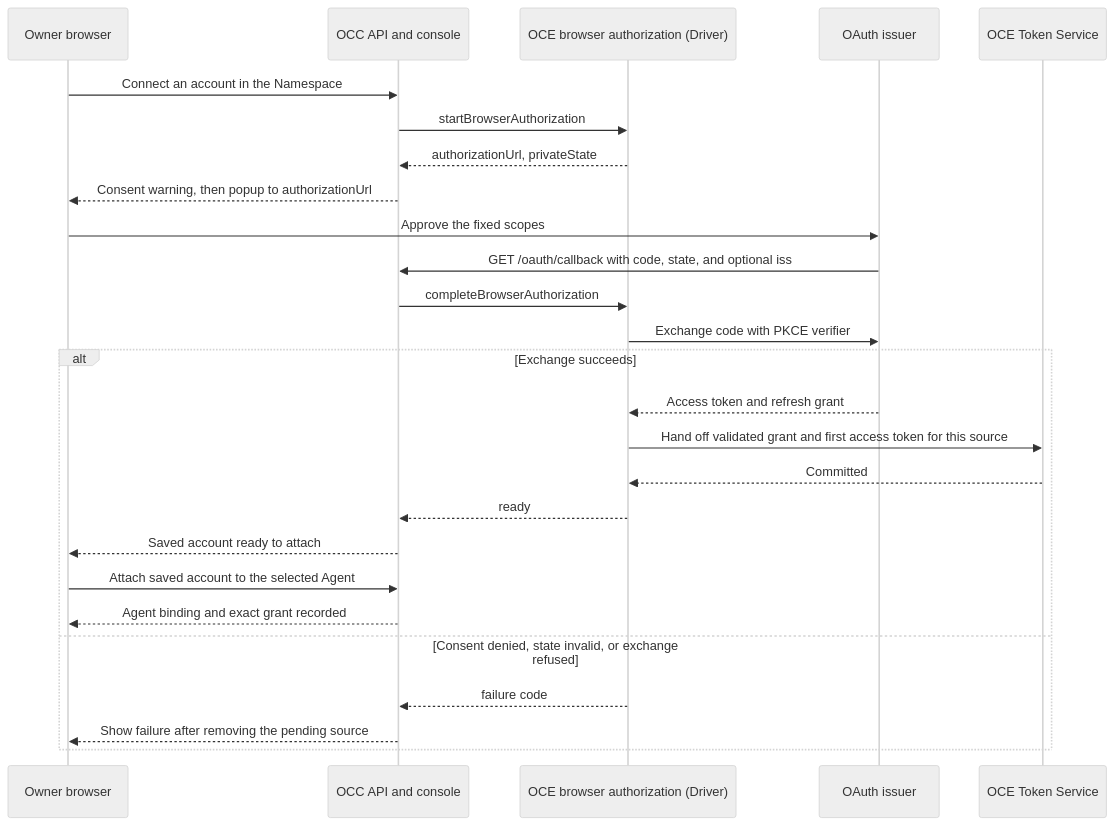
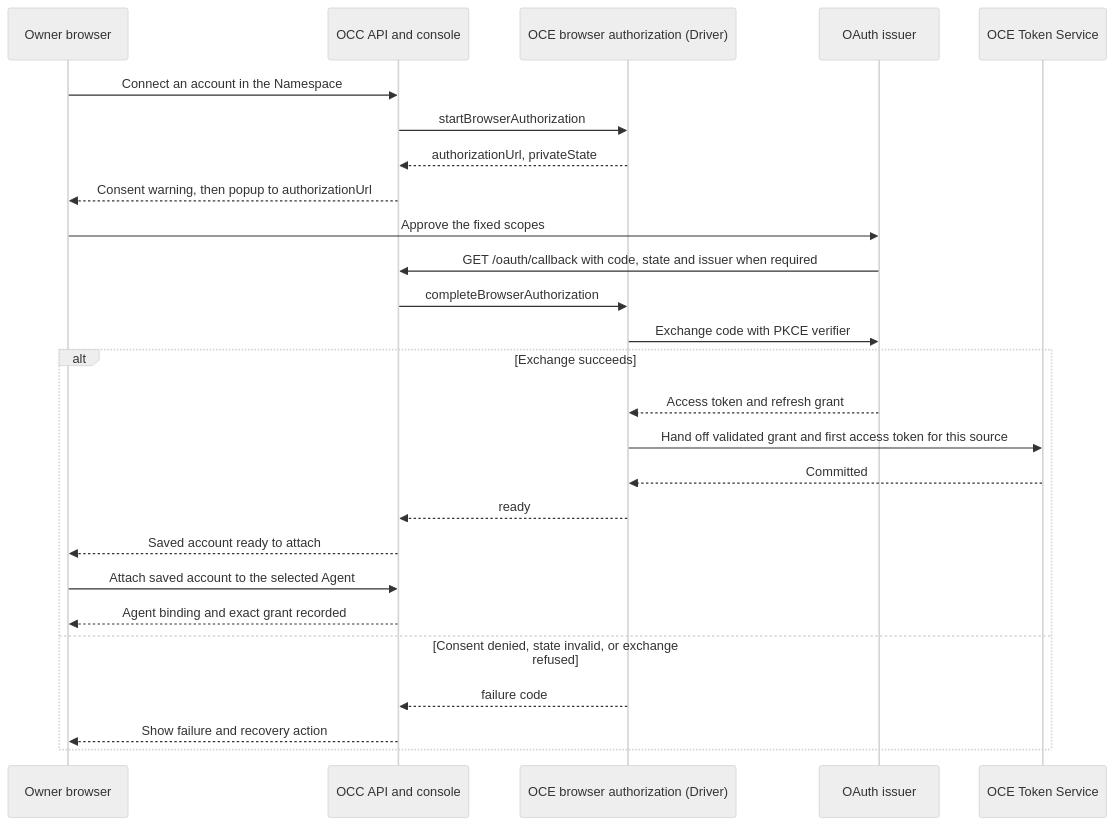
The diagram in specs/rfcs/0027-agent-oauth-connections/index.md (openclaw/openclaw-enterprise), drawn with Mermaid (neutral theme) before and after one commit. The commit also changed other lines of this file and 45 other files, not shown here.

````diff
--- a/specs/rfcs/0027-agent-oauth-connections/index.md
+++ b/specs/rfcs/0027-agent-oauth-connections/index.md
@@ -221,28 +224,28 @@
 ```mermaid
 sequenceDiagram
   participant User as Owner browser
   participant API as OCC API and console
   participant OAuth as OCE browser authorization (Driver)
   participant Issuer as OAuth issuer
   participant Tokens as OCE Token Service
   User->>API: Connect an account in the Namespace
   API->>OAuth: startBrowserAuthorization
   OAuth-->>API: authorizationUrl, privateState
   API-->>User: Consent warning, then popup to authorizationUrl
   User->>Issuer: Approve the fixed scopes
-  Issuer->>API: GET /oauth/callback with code, state, and optional iss
+  Issuer->>API: GET /oauth/callback with code, state and issuer when required
   API->>OAuth: completeBrowserAuthorization
   OAuth->>Issuer: Exchange code with PKCE verifier
   alt Exchange succeeds
     Issuer-->>OAuth: Access token and refresh grant
     OAuth->>Tokens: Hand off validated grant and first access token for this source
     Tokens-->>OAuth: Committed
     OAuth-->>API: ready
     API-->>User: Saved account ready to attach
     User->>API: Attach saved account to the selected Agent
     API-->>User: Agent binding and exact grant recorded
   else Consent denied, state invalid, or exchange refused
     OAuth-->>API: failure code
-    API-->>User: Show failure after removing the pending source
+    API-->>User: Show failure and recovery action
   end
 ```
````
